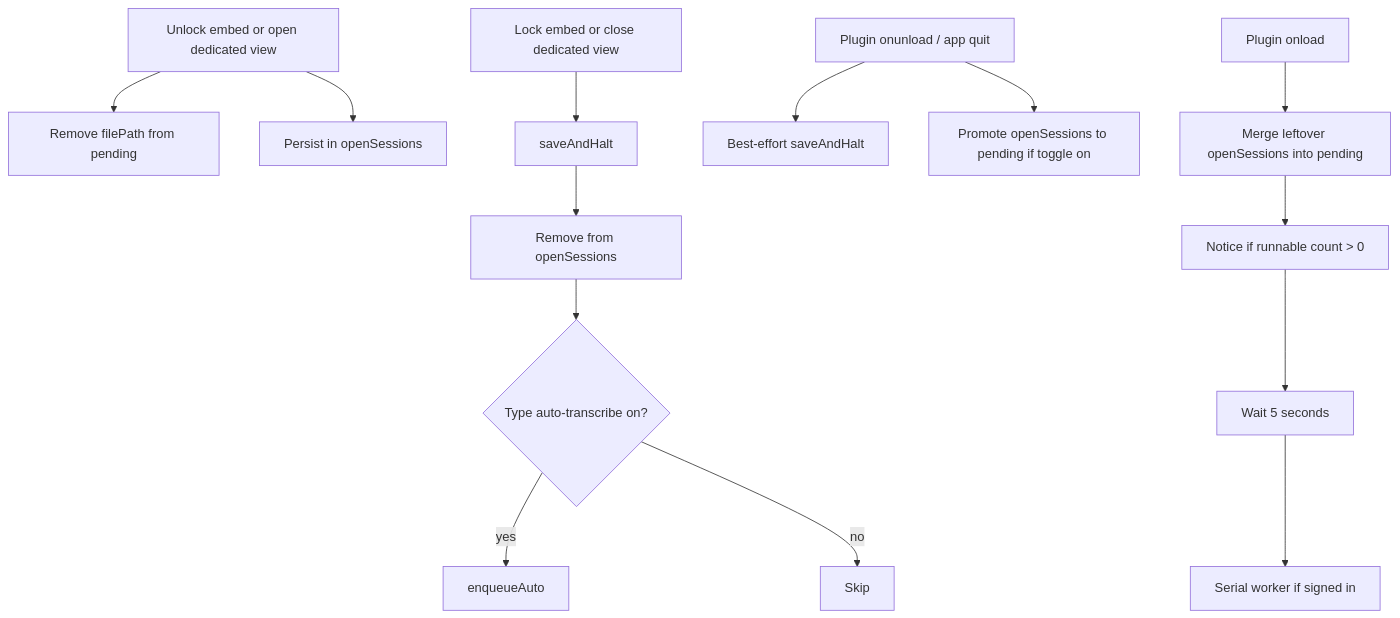
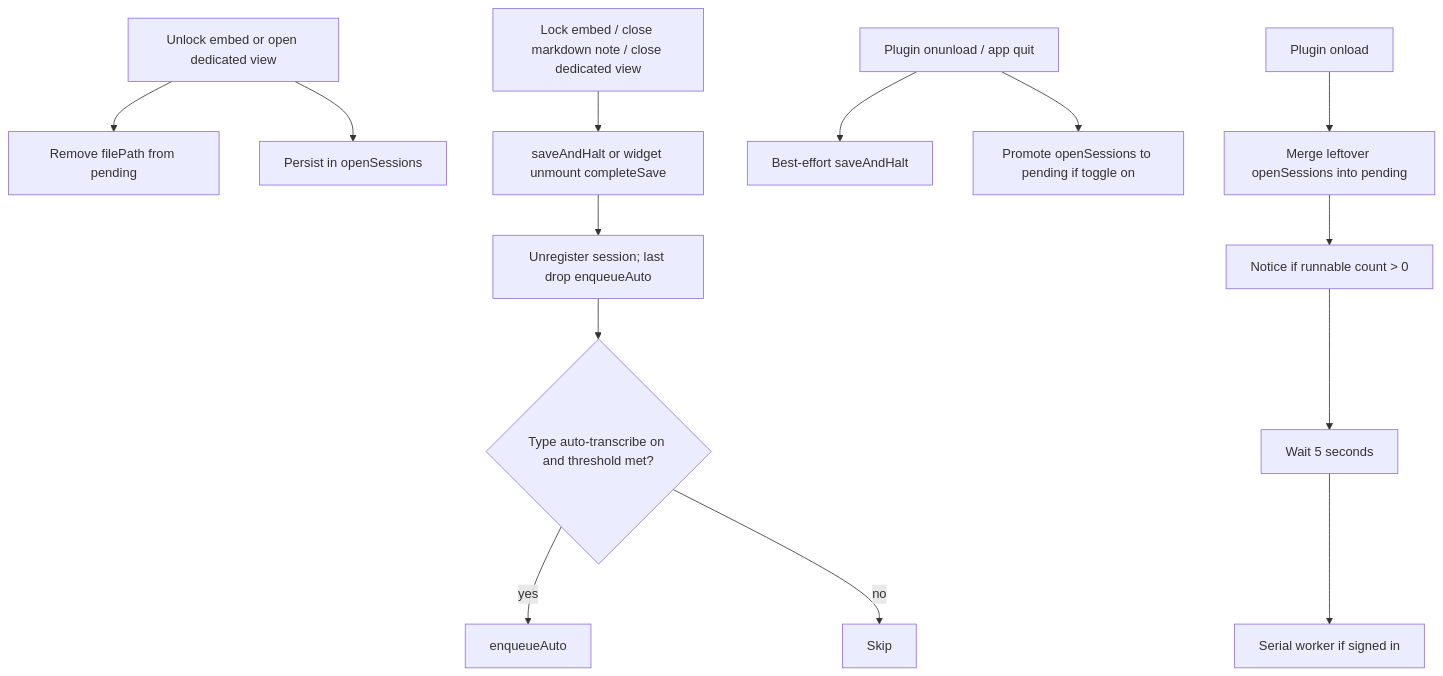
One commit to daledesilva/obsidian_ink changed the second of 3 diagrams in docs/writing-transcription.md. Above: the diagram before and after it, drawn with Mermaid. The commit also changed other lines of this file and 24 other files, not shown here.

Commit message:
updated: Replaced SimHash Hamming skip with bbox occupancy Jaccard so auto-transcribe tracked how much ink actually changed. Unmounted embed React on markdown tab close so unlocked files queued without an explicit lock.

````diff
--- a/docs/writing-transcription.md
+++ b/docs/writing-transcription.md
@@ -63,23 +96,23 @@
 ```mermaid
 flowchart TD
   EditStart[Unlock embed or open dedicated view]
-  EditEnd[Lock embed or close dedicated view]
+  EditEnd[Lock embed / close markdown note / close dedicated view]
   Quit[Plugin onunload / app quit]
   Launch[Plugin onload]
 
   EditStart --> Dequeue[Remove filePath from pending]
   EditStart --> OpenSet[Persist in openSessions]
 
-  EditEnd --> Save[saveAndHalt]
-  Save --> DropOpen[Remove from openSessions]
-  DropOpen --> AutoGate{Type auto-transcribe on?}
+  EditEnd --> Save[saveAndHalt or widget unmount completeSave]
+  Save --> DropOpen[Unregister session; last drop enqueueAuto]
+  DropOpen --> AutoGate{Type auto-transcribe on and threshold met?}
   AutoGate -->|yes| Enqueue[enqueueAuto]
   AutoGate -->|no| SkipAuto[Skip]
 
   Quit --> FlushSave[Best-effort saveAndHalt]
   Quit --> Promote[Promote openSessions to pending if toggle on]
   Launch --> Merge[Merge leftover openSessions into pending]
   Merge --> Notice[Notice if runnable count > 0]
   Notice --> Grace[Wait 5 seconds]
   Grace --> Worker[Serial worker if signed in]
 ```
````
